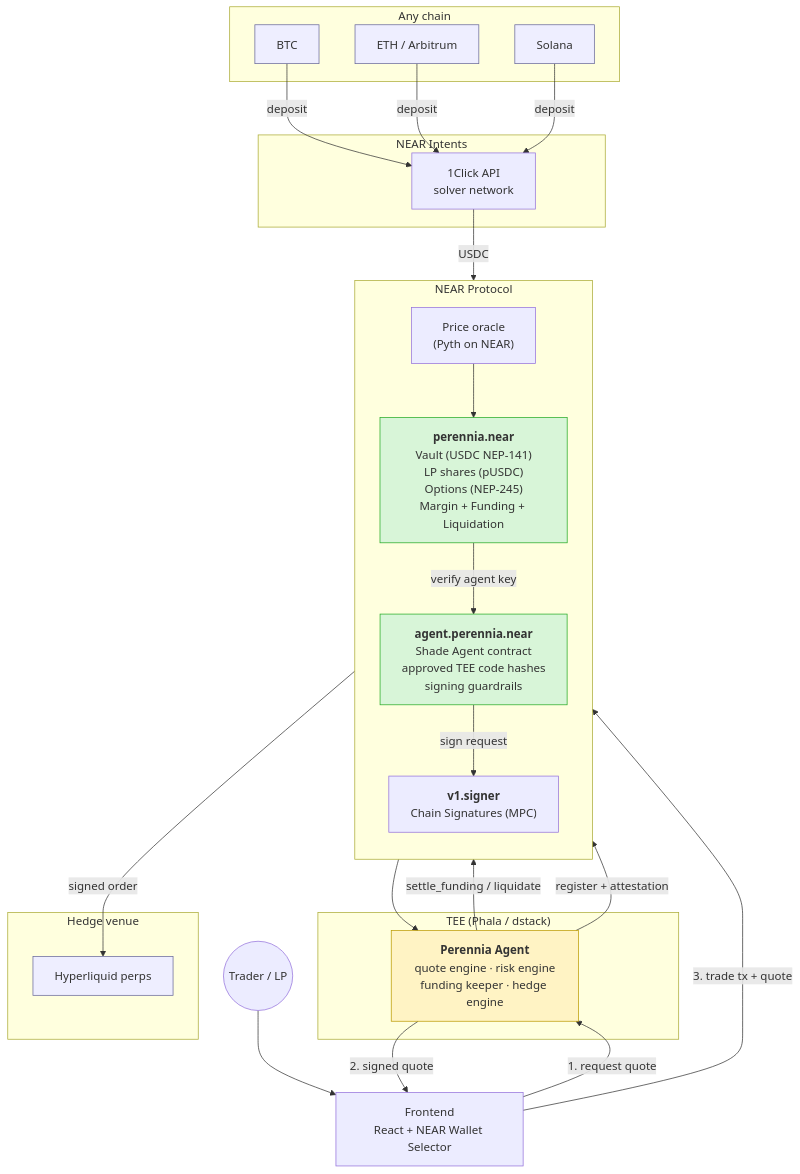
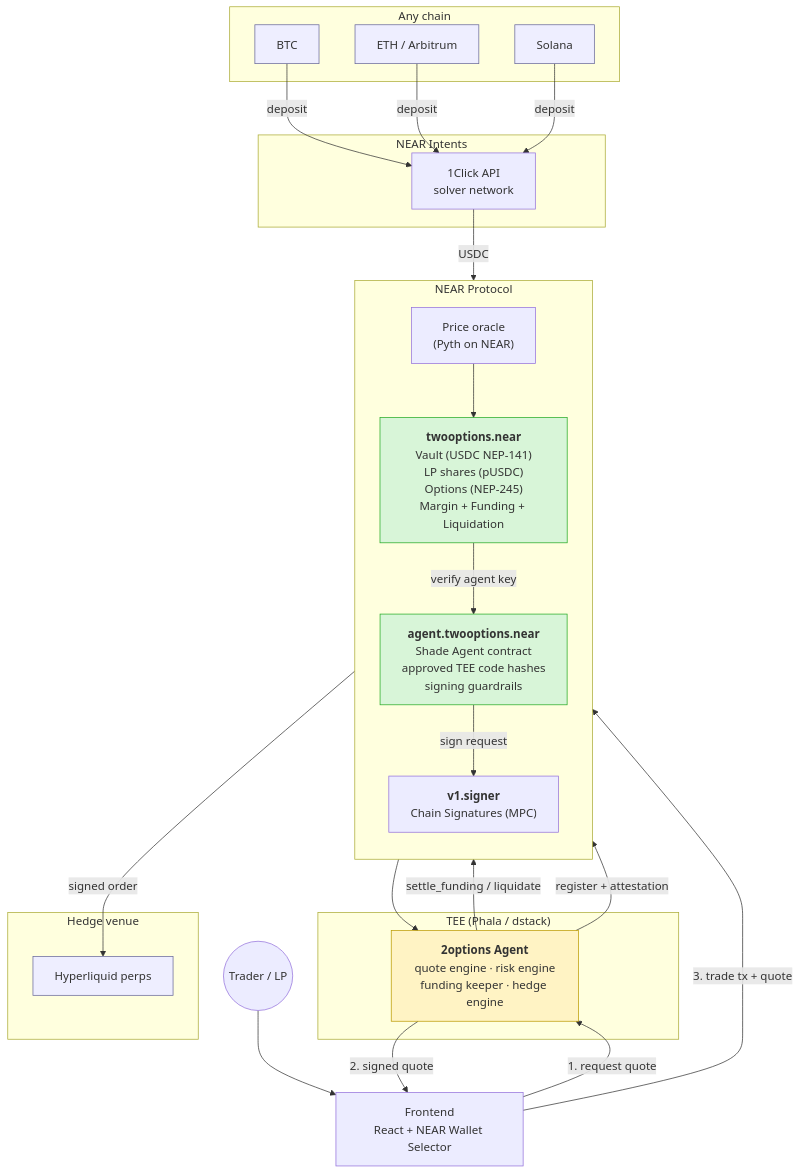
Before and after one commit to Aditya-dom/2options: the second of 12 diagrams in NEAR_HACKATHON_PLAN.md, drawn with Mermaid. The commit also changed other lines of this file and 82 other files, not shown here.

````diff
--- a/NEAR_HACKATHON_PLAN.md
+++ b/NEAR_HACKATHON_PLAN.md
@@ -97,49 +97,49 @@
 ```mermaid
 flowchart TB
     subgraph Chains["Any chain"]
         BTC[BTC]:::ext
         ETH[ETH / Arbitrum]:::ext
         SOL[Solana]:::ext
     end
 
     subgraph Intents["NEAR Intents"]
         OC[1Click API<br/>solver network]
     end
 
     subgraph NEAR["NEAR Protocol"]
         direction TB
-        PC["<b>perennia.near</b><br/>Vault (USDC NEP-141)<br/>LP shares (pUSDC)<br/>Options (NEP-245)<br/>Margin + Funding + Liquidation"]
-        AC["<b>agent.perennia.near</b><br/>Shade Agent contract<br/>approved TEE code hashes<br/>signing guardrails"]
+        PC["<b>twooptions.near</b><br/>Vault (USDC NEP-141)<br/>LP shares (pUSDC)<br/>Options (NEP-245)<br/>Margin + Funding + Liquidation"]
+        AC["<b>agent.twooptions.near</b><br/>Shade Agent contract<br/>approved TEE code hashes<br/>signing guardrails"]
         MPC["<b>v1.signer</b><br/>Chain Signatures (MPC)"]
         ORA["Price oracle<br/>(Pyth on NEAR)"]
     end
 
     subgraph TEE["TEE (Phala / dstack)"]
-        AG["<b>Perennia Agent</b><br/>quote engine · risk engine<br/>funding keeper · hedge engine"]
+        AG["<b>2options Agent</b><br/>quote engine · risk engine<br/>funding keeper · hedge engine"]
     end
 
     subgraph Hedge["Hedge venue"]
         HL[Hyperliquid perps]:::ext
     end
 
     FE["Frontend<br/>React + NEAR Wallet Selector"]
     USER((Trader / LP))
 
     USER --> FE
     BTC & ETH & SOL -->|deposit| OC -->|USDC| PC
     FE -->|1. request quote| AG
     AG -->|2. signed quote| FE
     FE -->|3. trade tx + quote| PC
     PC -->|verify agent key| AC
     AG -->|settle_funding / liquidate| PC
     AG -->|register + attestation| AC
     AC -->|sign request| MPC
     MPC -->|signed order| HL
     ORA --> PC
     ORA --> AG
 
     classDef ext fill:#eef,stroke:#669
     style PC fill:#d8f5d8,stroke:#2a2
     style AG fill:#fff3c4,stroke:#b90
     style AC fill:#d8f5d8,stroke:#2a2
 ```
````
